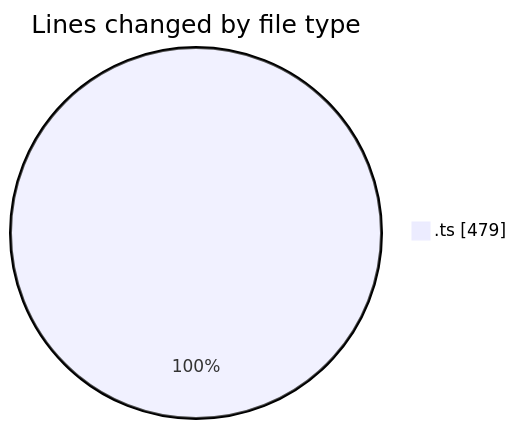
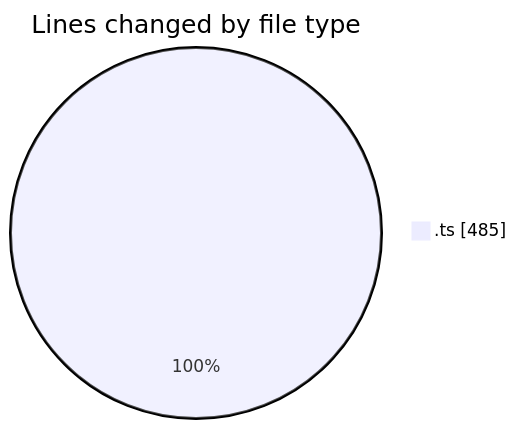
Before and after one commit to nxtqubesakshisongat/code-tracking: the first of 2 diagrams in 2026-01-27/nxtqube_webapp/README.md, drawn with Mermaid. The commit also changed other lines of this file and 1 other file, not shown here.

````diff
--- a/2026-01-27/nxtqube_webapp/README.md
+++ b/2026-01-27/nxtqube_webapp/README.md
@@ -26,5 +26,5 @@
 ```mermaid
 pie showData
 title Lines changed by file type
-".ts" : 479
+".ts" : 485
 ```
````
